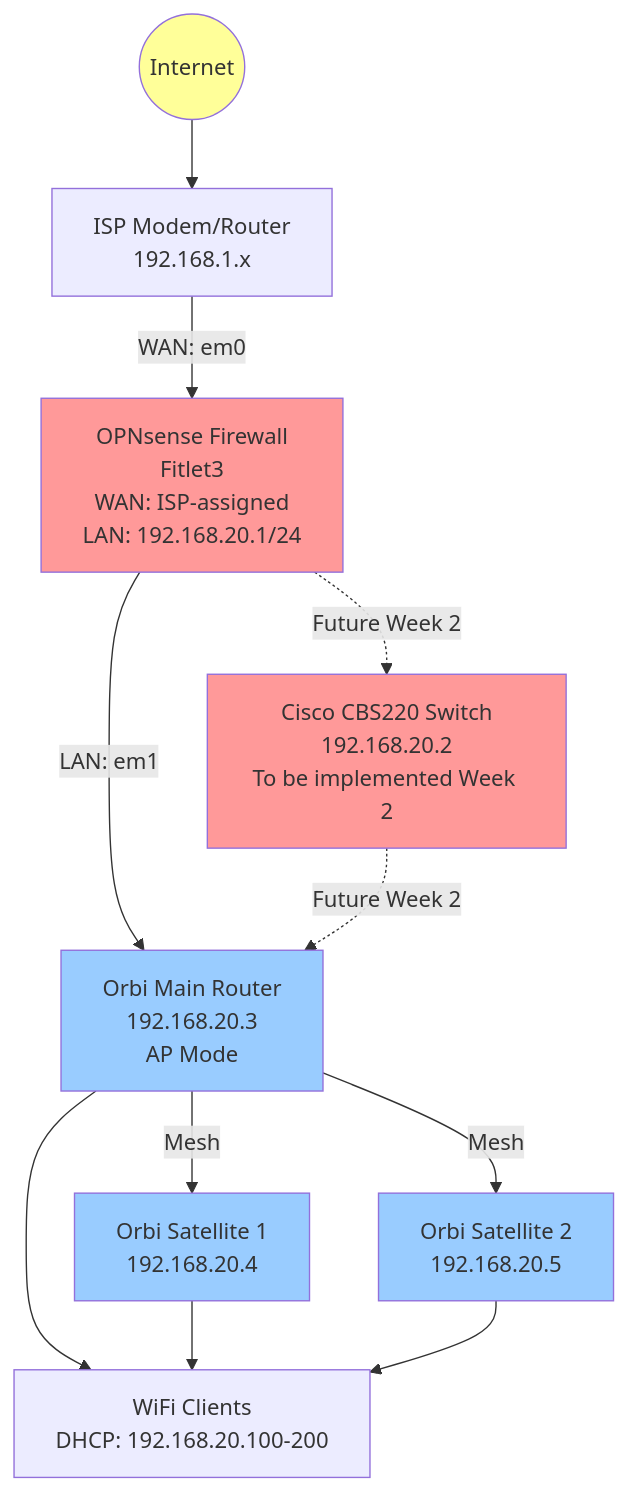
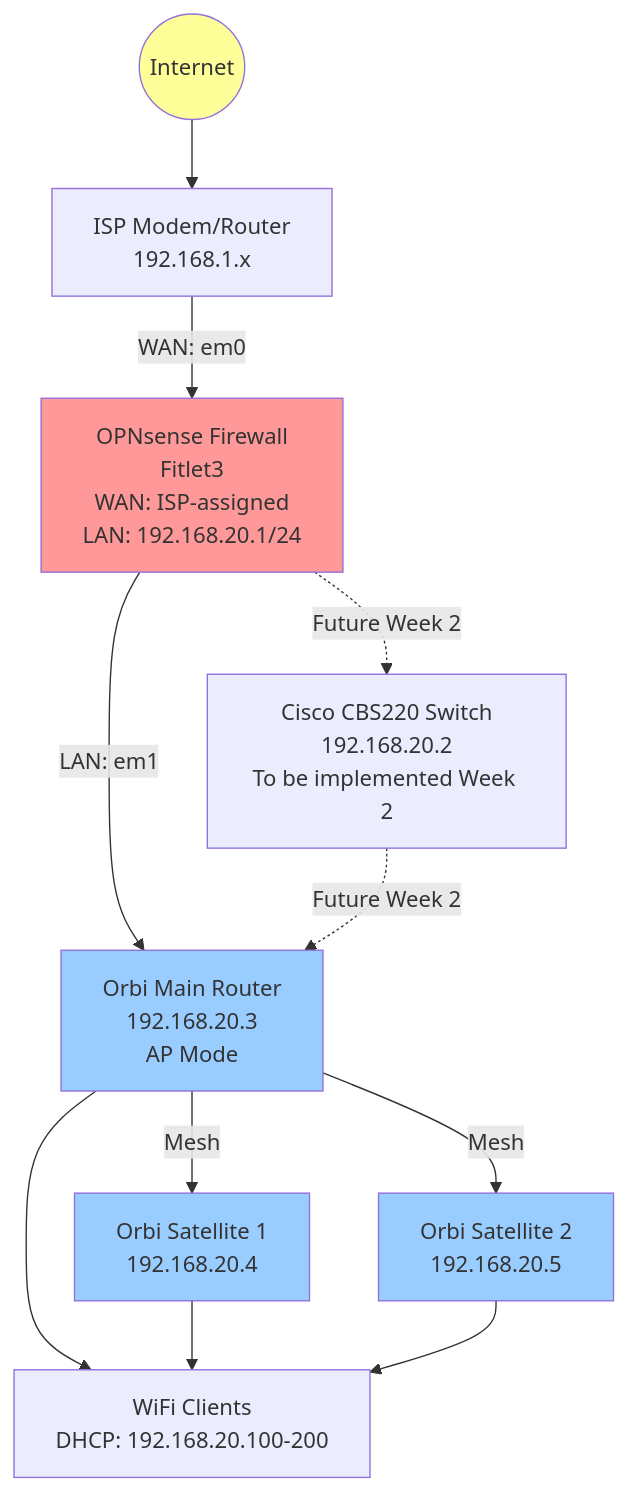
The diagram in _posts/2025-11-10-week-01-router-config.md (aott33/aott33.github.io), drawn with Mermaid before and after one commit.

Commit message:
Remove style for Switch in router configuration
Removed style definition for Switch in router config.

````diff
--- a/_posts/2025-11-10-week-01-router-config.md
+++ b/_posts/2025-11-10-week-01-router-config.md
@@ -38,34 +38,33 @@
 ```mermaid
 graph TB
     Internet((Internet))
     ISP[ISP Modem/Router<br/>192.168.1.x]
 
     OPN[OPNsense Firewall<br/>Fitlet3<br/>WAN: ISP-assigned<br/>LAN: 192.168.20.1/24]
 
     Switch[Cisco CBS220 Switch<br/>192.168.20.2<br/>To be implemented Week 2]
 
     Orbi_Main[Orbi Main Router<br/>192.168.20.3<br/>AP Mode]
     Orbi_Sat1[Orbi Satellite 1<br/>192.168.20.4]
     Orbi_Sat2[Orbi Satellite 2<br/>192.168.20.5]
 
     Clients[WiFi Clients<br/>DHCP: 192.168.20.100-200]
 
     Internet --> ISP
     ISP -->|WAN: em0| OPN
     OPN -->|LAN: em1| Orbi_Main
     OPN -.->|Future Week 2| Switch
     Switch -.->|Future Week 2| Orbi_Main
 
     Orbi_Main -->|Mesh| Orbi_Sat1
     Orbi_Main -->|Mesh| Orbi_Sat2
     Orbi_Main --> Clients
     Orbi_Sat1 --> Clients
     Orbi_Sat2 --> Clients
 
     style OPN fill:#ff9999
-    style Switch fill:#ff9999
     style Orbi_Main fill:#99ccff
     style Orbi_Sat1 fill:#99ccff
     style Orbi_Sat2 fill:#99ccff
     style Internet fill:#ffff99
 ```
````
